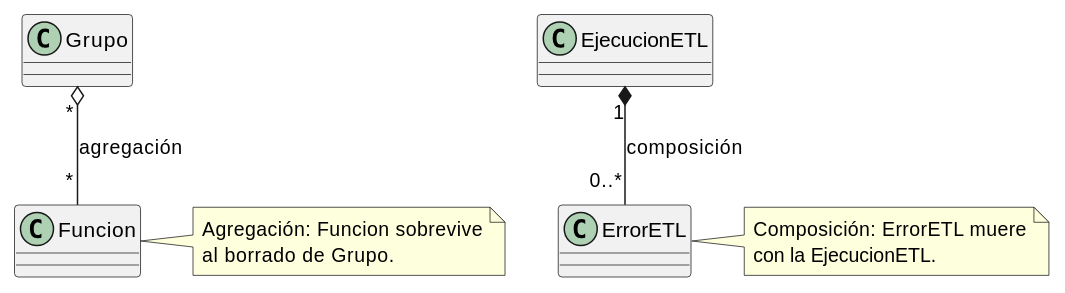
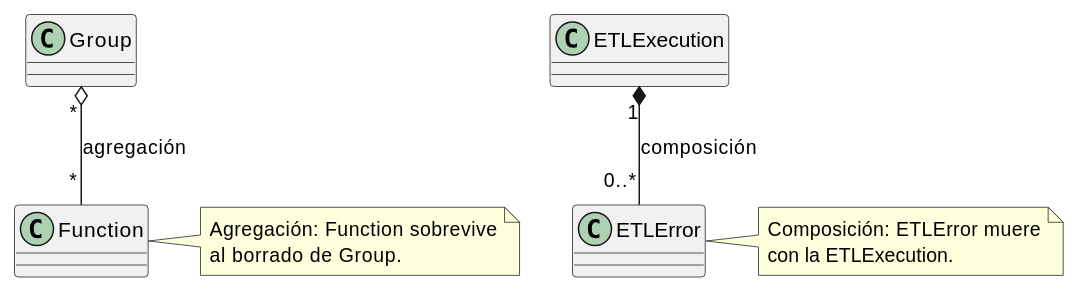
The diagram in source/requisitos/_metodologia-aplicacion/agregacion-interfaces/paso-1-agregacion-composicion.rst (jcg-admin/IACT-docs), drawn with PlantUML before and after one commit. The commit also changed 9 other files, not shown here.

```diff
--- a/source/requisitos/_metodologia-aplicacion/agregacion-interfaces/paso-1-agregacion-composicion.rst
+++ b/source/requisitos/_metodologia-aplicacion/agregacion-interfaces/paso-1-agregacion-composicion.rst
@@ -4,22 +4,22 @@
 .. uml::
 
    @startuml
    allowmixing
 
-   class Grupo
-   class Funcion
-   class EjecucionETL
-   class ErrorETL
+   class Group
+   class Function
+   class ETLExecution
+   class ETLError
 
-   Grupo "*" o-- "*" Funcion           : agregación
-   EjecucionETL "1" *-- "0..*" ErrorETL : composición
+   Group "*" o-- "*" Function           : agregación
+   ETLExecution "1" *-- "0..*" ETLError : composición
 
-   note right of Funcion
-     Agregación: Funcion sobrevive
-     al borrado de Grupo.
+   note right of Function
+     Agregación: Function sobrevive
+     al borrado de Group.
    end note
-   note right of ErrorETL
-     Composición: ErrorETL muere
-     con la EjecucionETL.
+   note right of ETLError
+     Composición: ETLError muere
+     con la ETLExecution.
    end note
    @enduml
```
